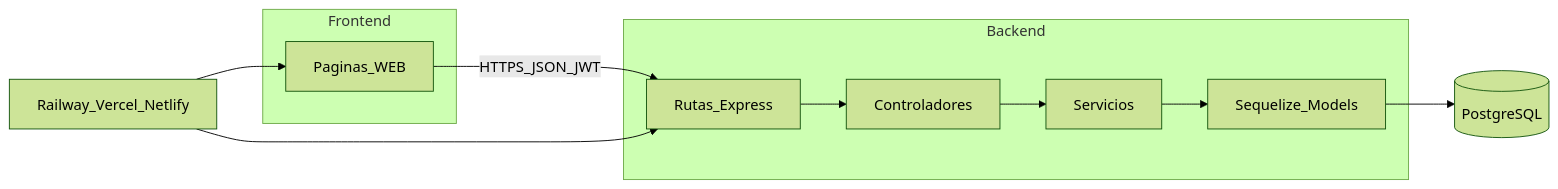
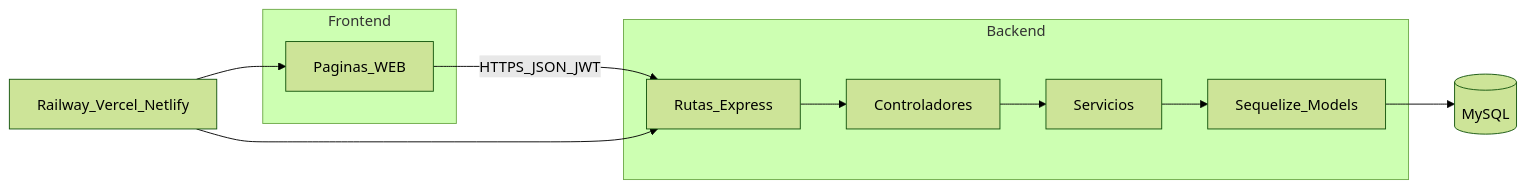
The diagram in arquitectura.md (PaulFL808/Proyecto-web-Estacionamiento), drawn with Mermaid (forest theme) before and after one commit. The commit also changed other lines of this file and 25 other files, not shown here.

````diff
--- a/arquitectura.md
+++ b/arquitectura.md
@@ -14,18 +14,18 @@
 ```mermaid
 flowchart LR
   subgraph client [Frontend]
     UI[Paginas_WEB]
   end
   subgraph server [Backend]
     Routes[Rutas_Express]
     Ctrl[Controladores]
     Svc[Servicios]
     Seq[Sequelize_Models]
   end
-  DB[(PostgreSQL)]
+  DB[(MySQL)]
   Host[Railway_Vercel_Netlify]
   UI -->|HTTPS_JSON_JWT| Routes
   Routes --> Ctrl --> Svc --> Seq --> DB
   Host --> UI
   Host --> Routes
 ```
````
